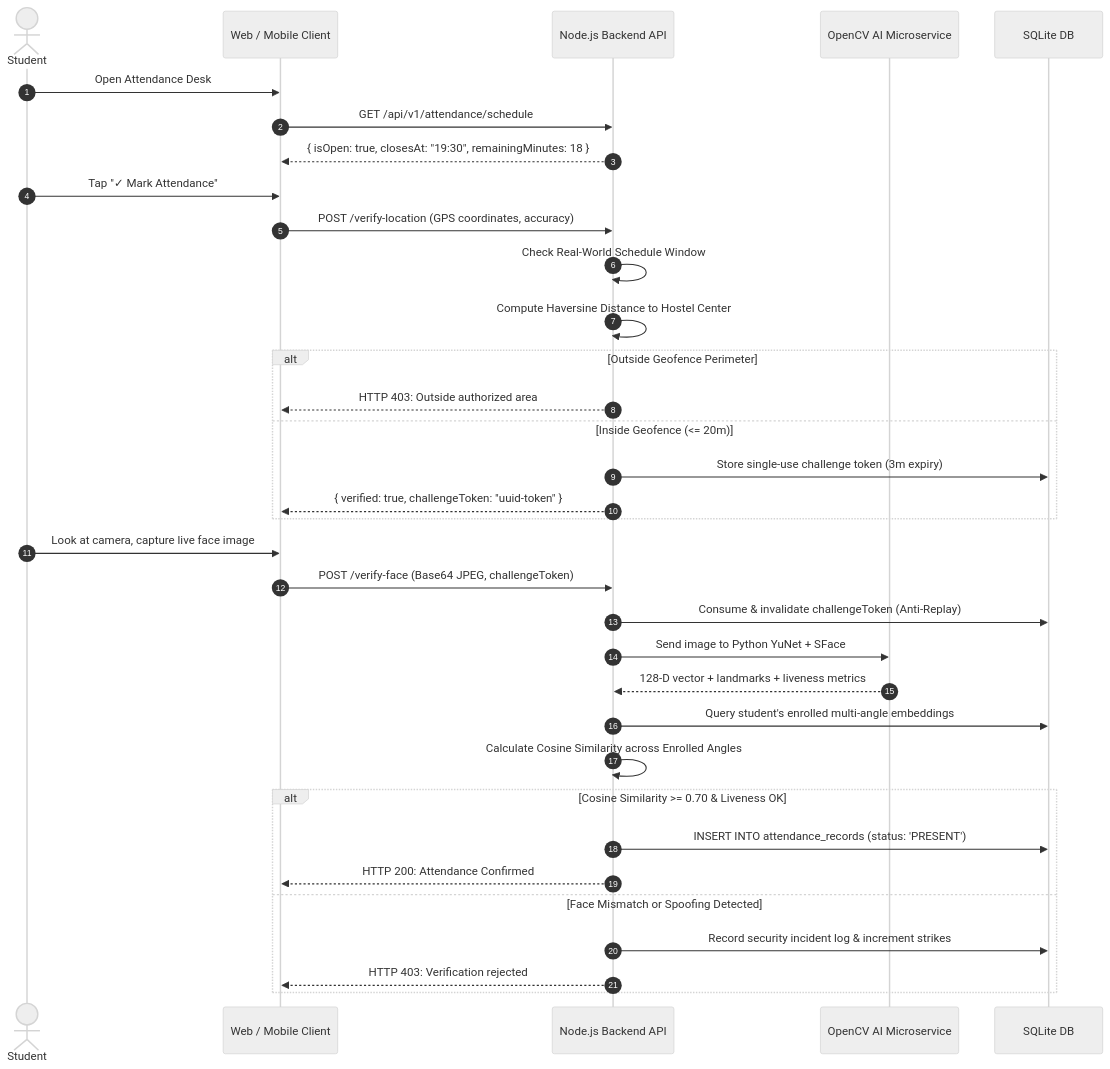
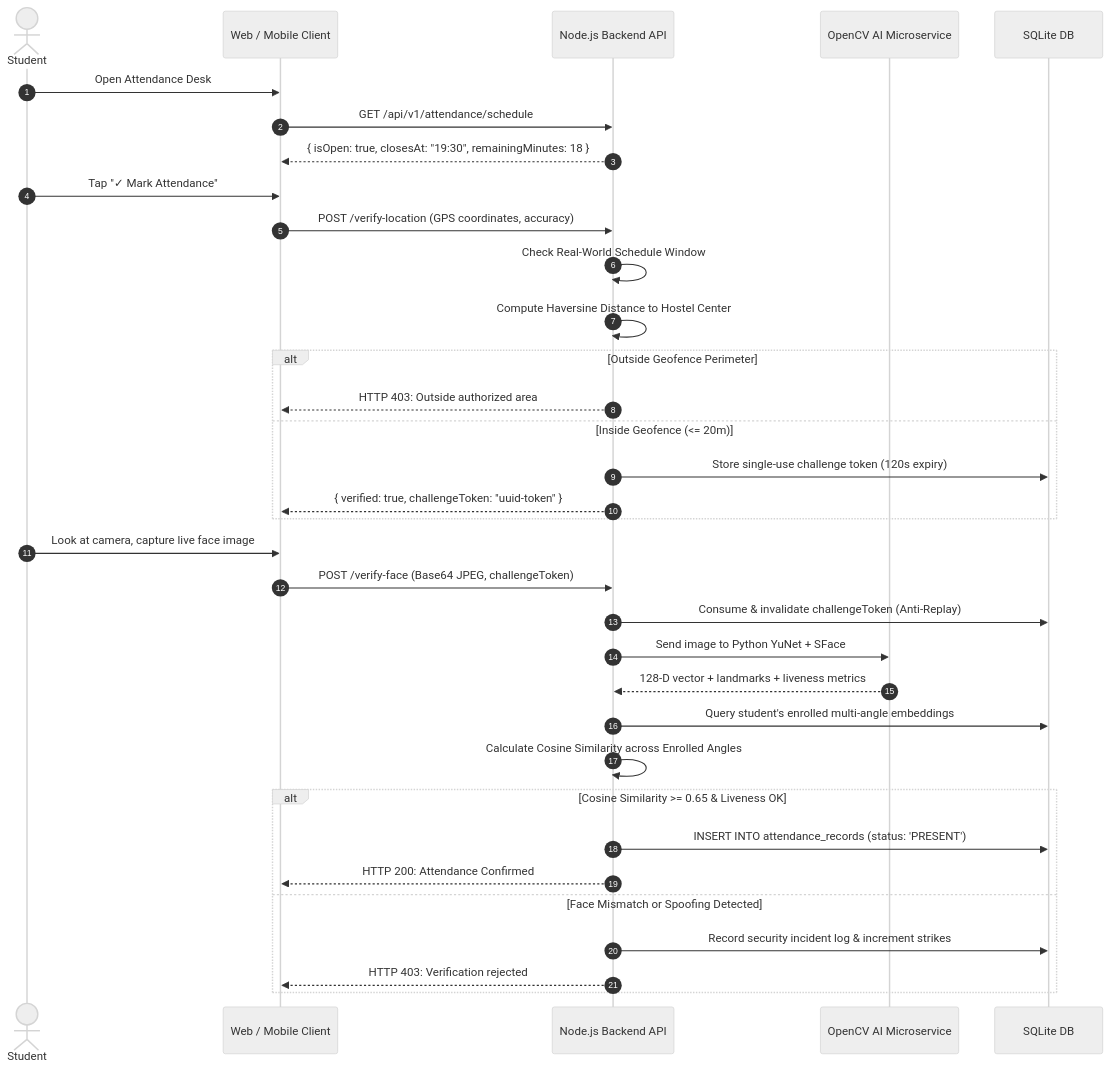
One commit to codewithgyan467/Attendence_system changed the second of 2 diagrams in docs/CURRENT_SYSTEM_ARCHITECTURE.md. Above: the diagram before and after it, drawn with Mermaid (neutral theme). The commit also changed other lines of this file and 15 other files, not shown here.

````diff
--- a/docs/CURRENT_SYSTEM_ARCHITECTURE.md
+++ b/docs/CURRENT_SYSTEM_ARCHITECTURE.md
@@ -111,39 +111,39 @@
 ```mermaid
 sequenceDiagram
     autonumber
     actor Student
     participant Client as Web / Mobile Client
     participant Server as Node.js Backend API
     participant AI as OpenCV AI Microservice
     participant DB as SQLite DB
 
     Student->>Client: Open Attendance Desk
     Client->>Server: GET /api/v1/attendance/schedule
     Server-->>Client: { isOpen: true, closesAt: "19:30", remainingMinutes: 18 }
 
     Student->>Client: Tap "✓ Mark Attendance"
     Client->>Server: POST /verify-location (GPS coordinates, accuracy)
     Server->>Server: Check Real-World Schedule Window
     Server->>Server: Compute Haversine Distance to Hostel Center
     alt Outside Geofence Perimeter
         Server-->>Client: HTTP 403: Outside authorized area
     else Inside Geofence (<= 20m)
-        Server->>DB: Store single-use challenge token (3m expiry)
+        Server->>DB: Store single-use challenge token (120s expiry)
         Server-->>Client: { verified: true, challengeToken: "uuid-token" }
     end
 
     Student->>Client: Look at camera, capture live face image
     Client->>Server: POST /verify-face (Base64 JPEG, challengeToken)
     Server->>DB: Consume & invalidate challengeToken (Anti-Replay)
     Server->>AI: Send image to Python YuNet + SFace
     AI-->>Server: 128-D vector + landmarks + liveness metrics
     Server->>DB: Query student's enrolled multi-angle embeddings
     Server->>Server: Calculate Cosine Similarity across Enrolled Angles
-    alt Cosine Similarity >= 0.70 & Liveness OK
+    alt Cosine Similarity >= 0.65 & Liveness OK
         Server->>DB: INSERT INTO attendance_records (status: 'PRESENT')
         Server-->>Client: HTTP 200: Attendance Confirmed
     else Face Mismatch or Spoofing Detected
         Server->>DB: Record security incident log & increment strikes
         Server-->>Client: HTTP 403: Verification rejected
     end
 ```
````
